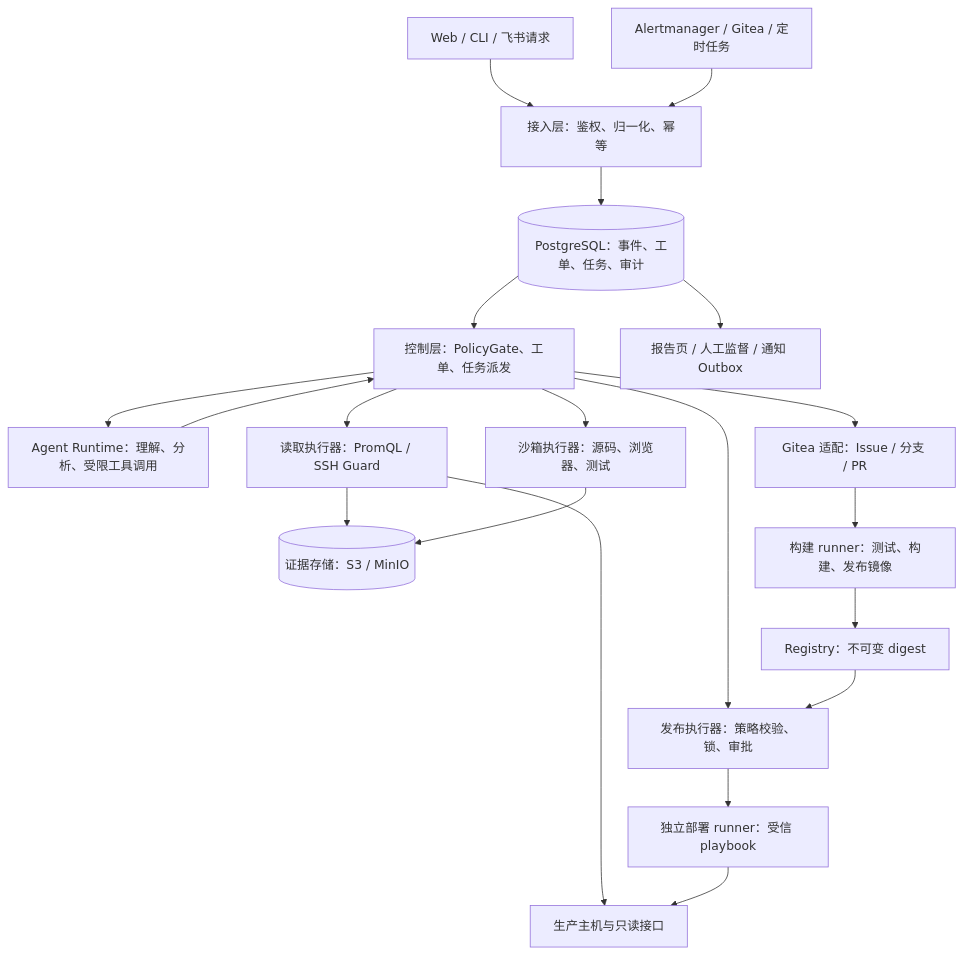
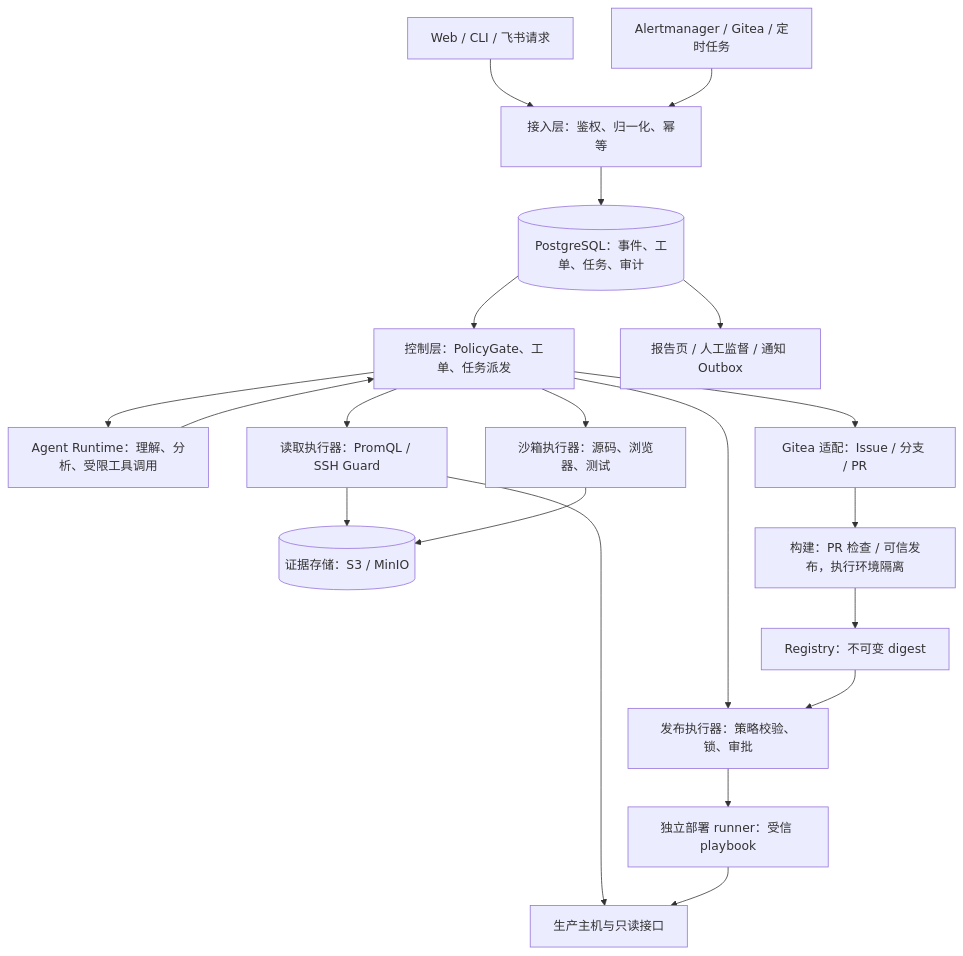
The first of 2 diagrams in architecture.md (ppxb/opskar), drawn with Mermaid before and after one commit. The commit also changed other lines of this file, not shown here.

Commit message:
docs: refine architecture contracts and acceptance criteria

````diff
--- a/architecture.md
+++ b/architecture.md
@@ -110,22 +110,22 @@
 ```mermaid
 flowchart TB
   U["Web / CLI / 飞书请求"] --> IN["接入层：鉴权、归一化、幂等"]
   A["Alertmanager / Gitea / 定时任务"] --> IN
   IN --> DB[("PostgreSQL：事件、工单、任务、审计")]
   DB --> CP["控制层：PolicyGate、工单、任务派发"]
   CP --> LLM["Agent Runtime：理解、分析、受限工具调用"]
   LLM --> CP
   CP --> READ["读取执行器：PromQL / SSH Guard"]
   CP --> SB["沙箱执行器：源码、浏览器、测试"]
   CP --> FORGE["Gitea 适配：Issue / 分支 / PR"]
   READ --> PROD["生产主机与只读接口"]
   READ --> E[("证据存储：S3 / MinIO")]
   SB --> E
-  FORGE --> CI["构建 runner：测试、构建、发布镜像"]
+  FORGE --> CI["构建：PR 检查 / 可信发布，执行环境隔离"]
   CI --> REG["Registry：不可变 digest"]
   CP --> DEP["发布执行器：策略校验、锁、审批"]
   REG --> DEP
   DEP --> DR["独立部署 runner：受信 playbook"]
   DR --> PROD
   DB --> UI["报告页 / 人工监督 / 通知 Outbox"]
 ```
````
